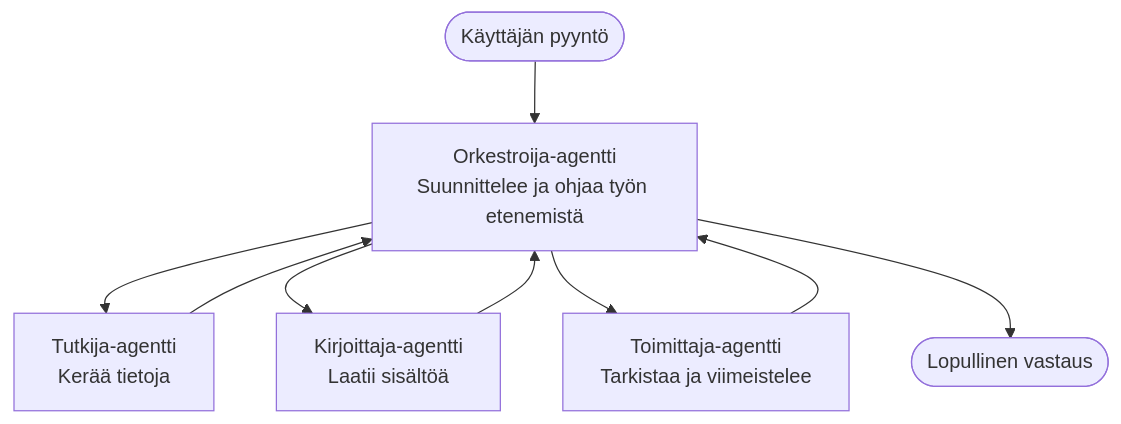
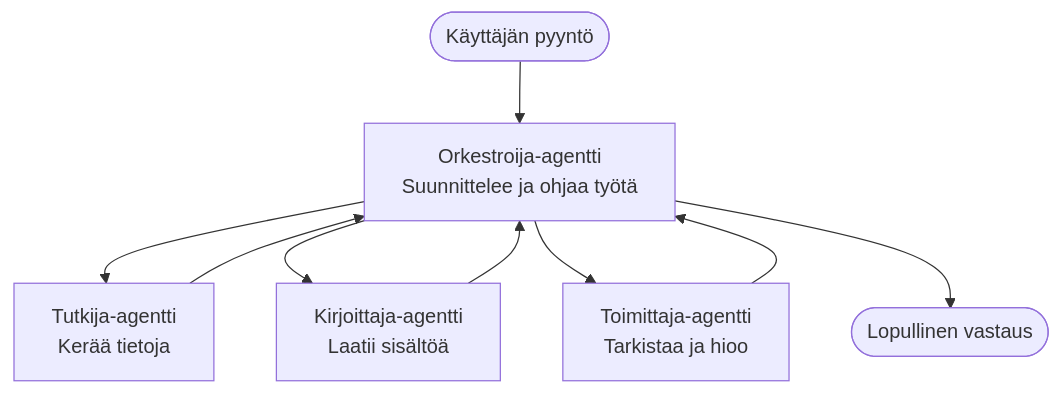
One commit to microsoft/AZD-for-beginners changed the diagram in translations/fi/docs/chapter-05-multi-agent/multi-agent-basics.md. Above: the diagram before and after it, drawn with Mermaid. The commit also changed other lines of this file and 61 other files, not shown here.

````diff
--- a/translations/fi/docs/chapter-05-multi-agent/multi-agent-basics.md
+++ b/translations/fi/docs/chapter-05-multi-agent/multi-agent-basics.md
@@ -43,11 +43,11 @@
 ```mermaid
 graph TD
-    User([Käyttäjän pyyntö]) --> Orchestrator[Orkestroija-agentti<br/>Suunnittelee ja ohjaa työn etenemistä]
+    User([Käyttäjän pyyntö]) --> Orchestrator[Orkestroija-agentti<br/>Suunnittelee ja ohjaa työtä]
     Orchestrator --> Researcher[Tutkija-agentti<br/>Kerää tietoja]
     Orchestrator --> Writer[Kirjoittaja-agentti<br/>Laatii sisältöä]
-    Orchestrator --> Editor[Toimittaja-agentti<br/>Tarkistaa ja viimeistelee]
+    Orchestrator --> Editor[Toimittaja-agentti<br/>Tarkistaa ja hioo]
     Researcher --> Orchestrator
     Writer --> Orchestrator
     Editor --> Orchestrator
     Orchestrator --> Result([Lopullinen vastaus])
 ```
````
